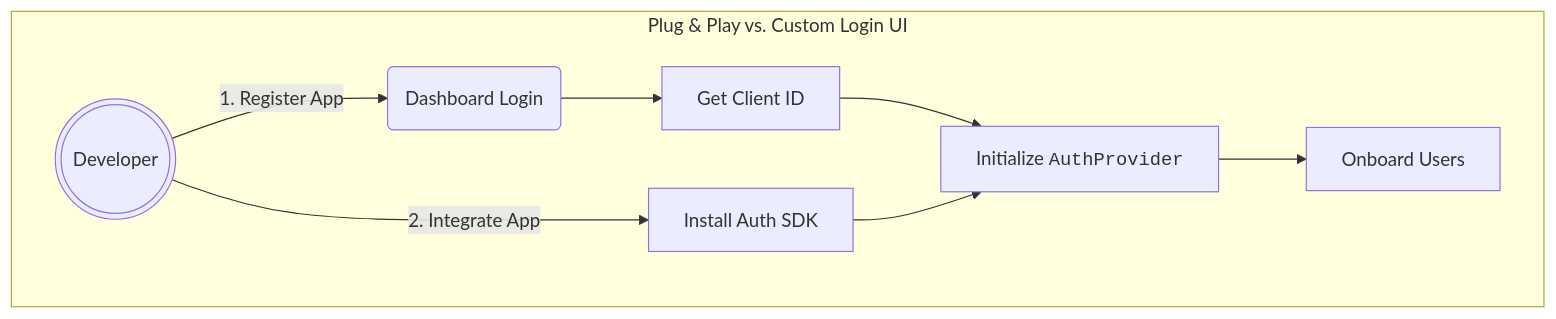
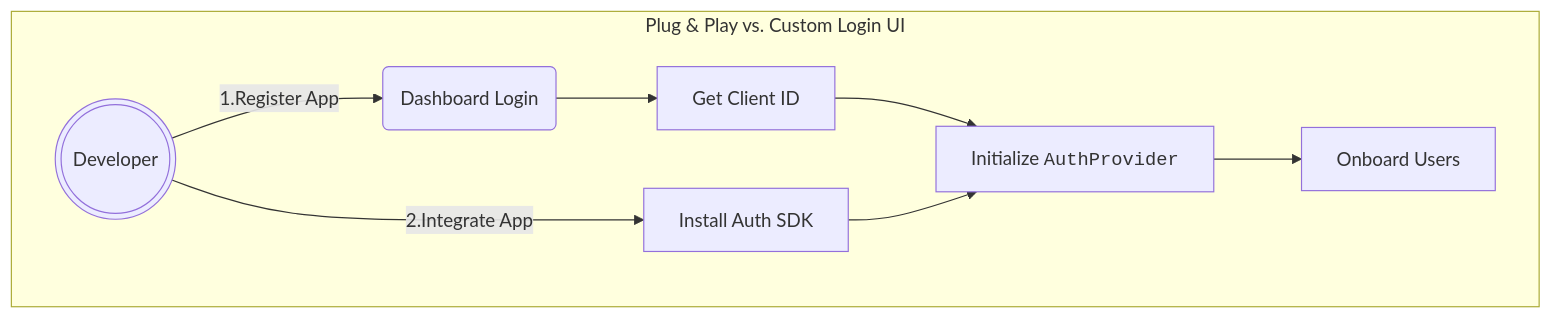
One commit to shaloo/docs.arcana changed the first of 2 diagrams in docs/concepts/plug-and-play-auth.md. Above: the diagram before and after it, drawn with Mermaid. The commit also changed 3 other files, not shown here.

Commit message:
Fix: #AR-8745 check and fix mermaid diagram space issue in latest MKdocs tooling

````diff
--- a/docs/concepts/plug-and-play-auth.md
+++ b/docs/concepts/plug-and-play-auth.md
@@ -18,11 +18,11 @@
 ```mermaid
 flowchart LR 
     subgraph A [Plug & Play vs. Custom Login UI]
     direction LR
-        A1(((Developer))) -- 1. Register App --> B1(Dashboard Login)
+        A1(((Developer))) -- 1.Register App --> B1(Dashboard Login)
         B1  --> C1[Get Client ID] --> E1[Initialize <code>AuthProvider</code>]
-        A1 -- 2. Integrate App --> D1[Install Auth SDK] --> E1 --> O[Onboard Users]
+        A1 -- 2.Integrate App --> D1[Install Auth SDK] --> E1 --> O[Onboard Users]
     end
 classDef an-pink stroke:#ff4e9f,stroke-width:0.25rem;
 class F1 an-pink
 ```
````
